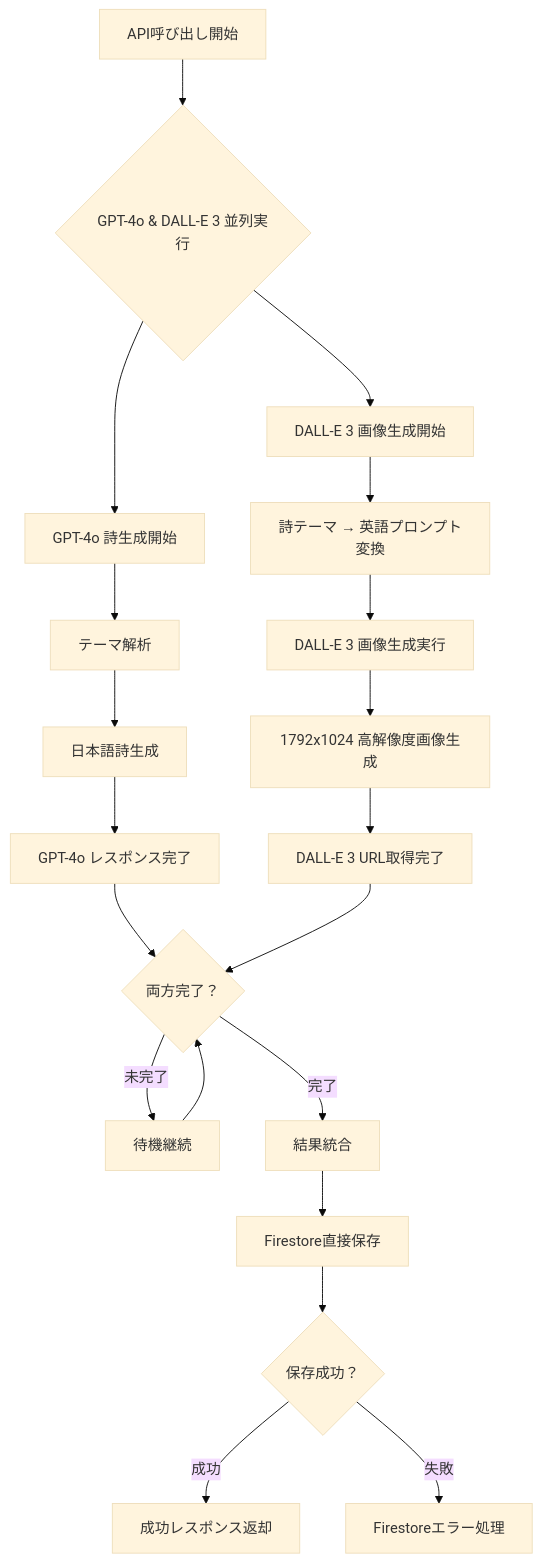
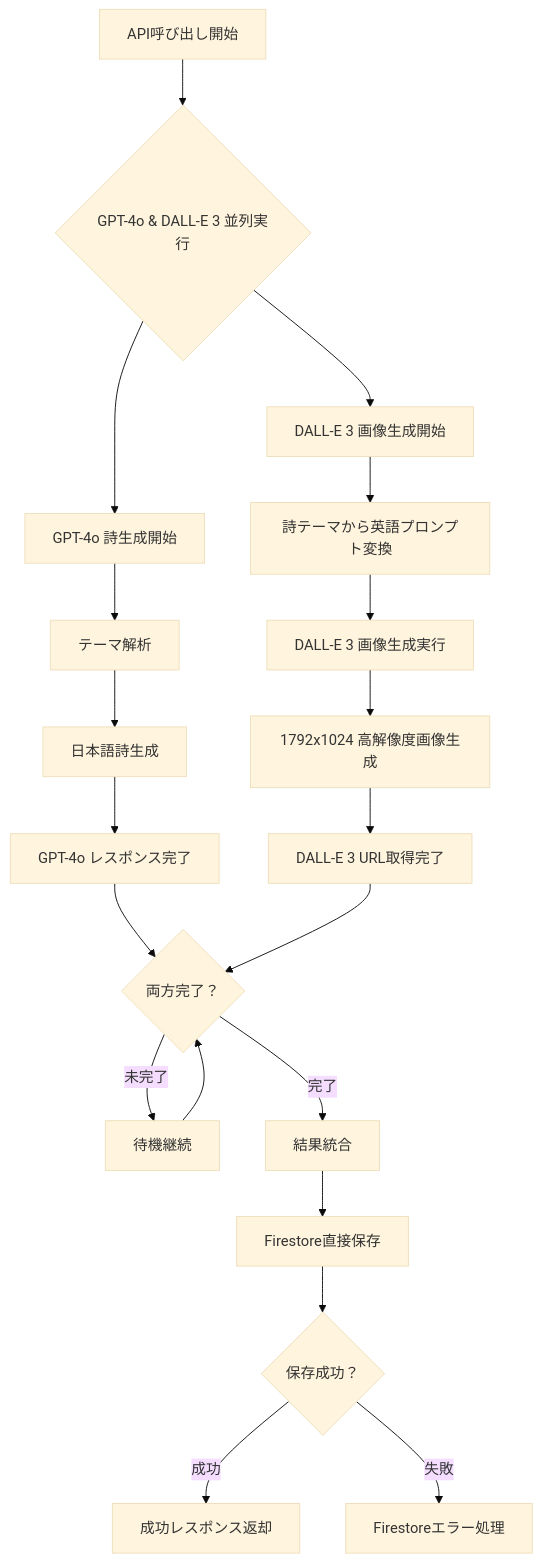
The second of 3 diagrams in doc/06_design_document/test-simple-page-design.md (mae616/kotonone), drawn with Mermaid (base theme) before and after one commit. The commit also changed other lines of this file and 16 other files, not shown here.

````diff
--- a/doc/06_design_document/test-simple-page-design.md
+++ b/doc/06_design_document/test-simple-page-design.md
@@ -48,26 +48,26 @@
 ```mermaid
 flowchart TD
     A[API呼び出し開始] --> B{GPT-4o & DALL-E 3 並列実行}
     
     B --> C[GPT-4o 詩生成開始]
     B --> D[DALL-E 3 画像生成開始]
     
     C --> E[テーマ解析]
     E --> F[日本語詩生成]
     F --> G[GPT-4o レスポンス完了]
     
-    D --> H[詩テーマ → 英語プロンプト変換]
+    D --> H[詩テーマから英語プロンプト変換]
     H --> I[DALL-E 3 画像生成実行]
     I --> J[1792x1024 高解像度画像生成]
     J --> K[DALL-E 3 URL取得完了]
     
     G --> L{両方完了？}
     K --> L
     L -->|未完了| M[待機継続]
     L -->|完了| N[結果統合]
     N --> O[Firestore直接保存]
     O --> P{保存成功？}
     P -->|成功| Q[成功レスポンス返却]
     P -->|失敗| R[Firestoreエラー処理]
     M --> L
 ```
````
